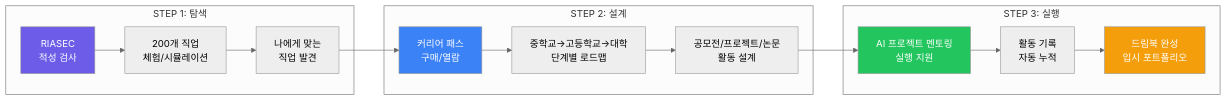
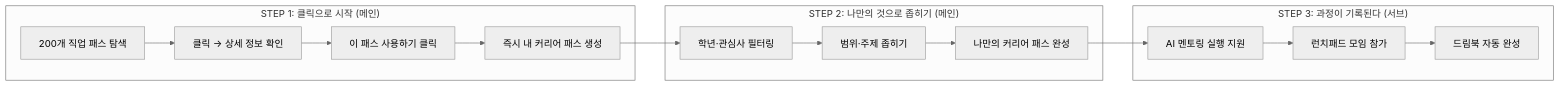
One commit to Collegenie-X/AI-career-path changed the second of 7 diagrams in INVESTMENT_PROPOSAL.md. Above: the diagram before and after it, drawn with Mermaid (neutral theme). The commit also changed other lines of this file and 9 other files, not shown here.

````diff
--- a/INVESTMENT_PROPOSAL.md
+++ b/INVESTMENT_PROPOSAL.md
@@ -111,24 +131,18 @@
 ```mermaid
 graph LR
-    subgraph "STEP 1: 탐색"
-        A["RIASEC<br/>적성 검사"] --> B["200개 직업<br/>체험/시뮬레이션"]
-        B --> C["나에게 맞는<br/>직업 발견"]
+    subgraph "STEP 1: 클릭으로 시작 (메인)"
+        A["200개 직업 패스 탐색"] --> B["클릭 → 상세 정보 확인"]
+        B --> C["이 패스 사용하기 클릭"]
+        C --> D["즉시 내 커리어 패스 생성"]
     end
-
-    subgraph "STEP 2: 설계"
-        C --> D["커리어 패스<br/>구매/열람"]
-        D --> E["중학교→고등학교→대학<br/>단계별 로드맵"]
-        E --> F["공모전/프로젝트/논문<br/>활동 설계"]
+    subgraph "STEP 2: 나만의 것으로 좁히기 (메인)"
+        D --> E["학년·관심사 필터링"]
+        E --> F["범위·주제 좁히기"]
+        F --> G["나만의 커리어 패스 완성"]
     end
-
-    subgraph "STEP 3: 실행"
-        F --> G["AI 프로젝트 멘토링<br/>실행 지원"]
-        G --> H["활동 기록<br/>자동 누적"]
-        H --> I["드림북 완성<br/>입시 포트폴리오"]
+    subgraph "STEP 3: 과정이 기록된다 (서브)"
+        G --> H["AI 멘토링 실행 지원"]
+        H --> I["런치패드 모임 참가"]
+        I --> J["드림북 자동 완성"]
     end
-
-    style A fill:#6C5CE7,color:#fff
-    style D fill:#3B82F6,color:#fff
-    style G fill:#22C55E,color:#fff
-    style I fill:#F59E0B,color:#fff
 ```
````
